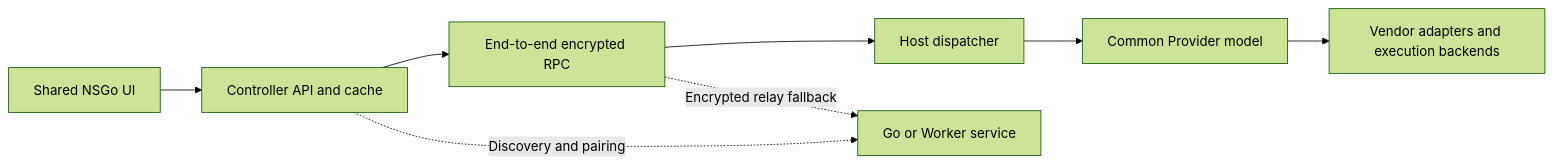
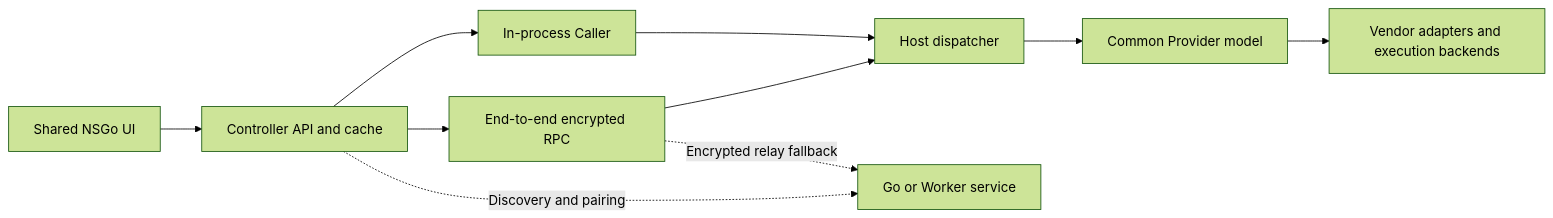
The diagram in docs/engineering/architecture.md (monkeyWie/reign), drawn with Mermaid (forest theme) before and after one commit. The commit also changed other lines of this file and 162 other files, not shown here.

````diff
--- a/docs/engineering/architecture.md
+++ b/docs/engineering/architecture.md
@@ -7,10 +7,12 @@
 ```mermaid
 flowchart LR
   UI[Shared NSGo UI] --> Client[Controller API and cache]
+  Client --> Local[In-process Caller]
+  Local --> Dispatcher
   Client --> Transport[End-to-end encrypted RPC]
   Transport --> Dispatcher[Host dispatcher]
   Dispatcher --> Provider[Common Provider model]
   Provider --> Adapters[Vendor adapters and execution backends]
   Client -. Discovery and pairing .-> Service[Go or Worker service]
   Transport -. Encrypted relay fallback .-> Service
 ```
````
